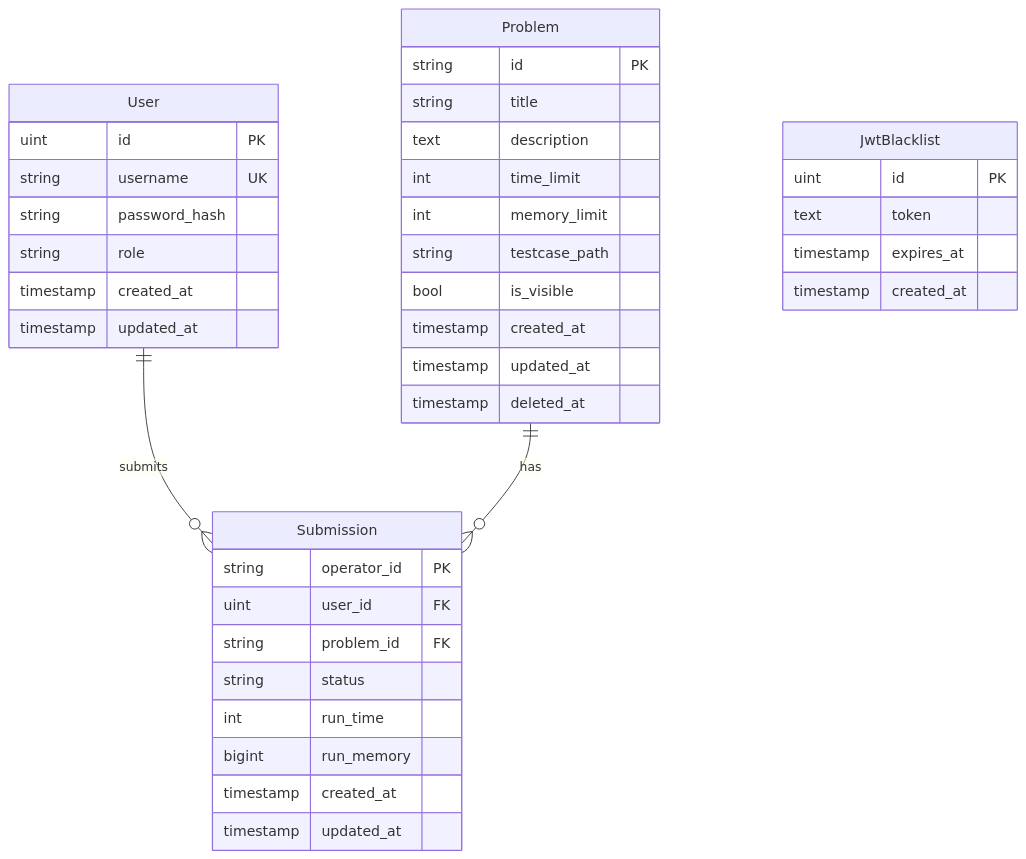
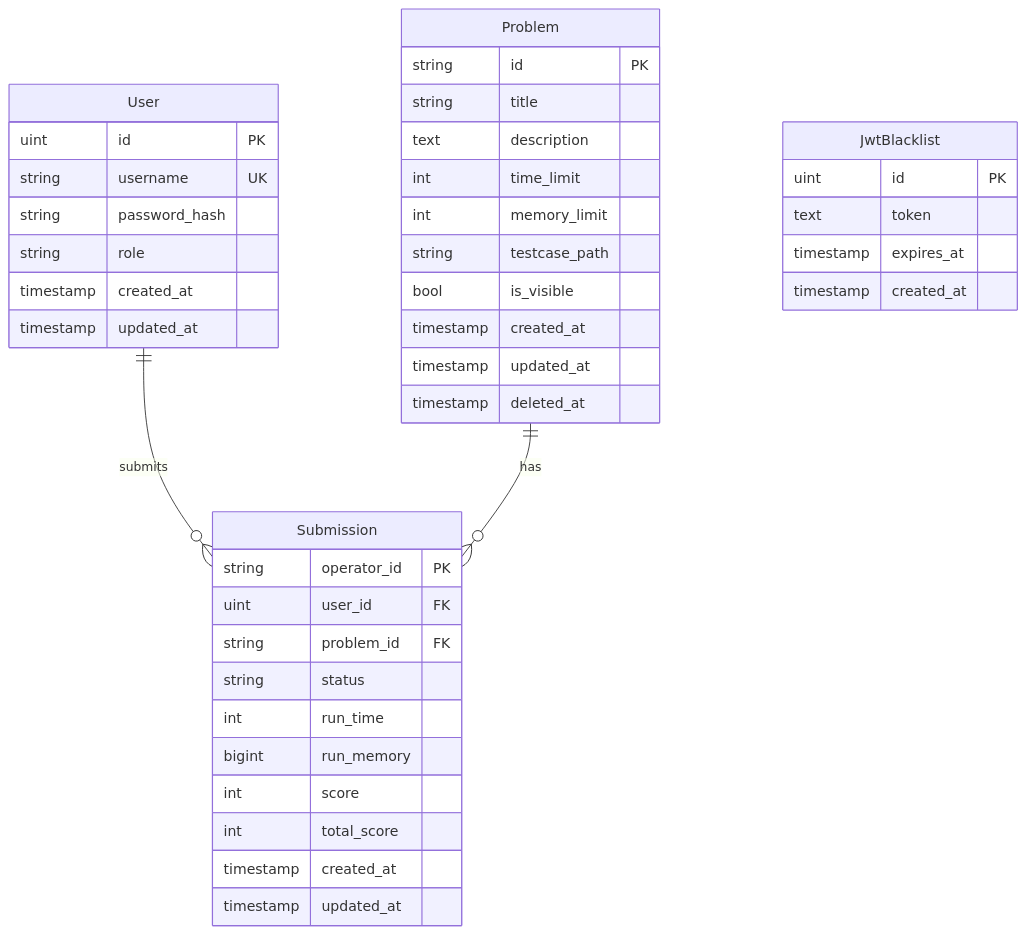
Before and after one commit to CS3060701-Projects/REGS-Online-Judge-System: the diagram in ERD實體關聯圖.md, drawn with Mermaid.

````diff
--- a/ERD實體關聯圖.md
+++ b/ERD實體關聯圖.md
@@ -5,41 +5,43 @@
 ```mermaid
 erDiagram
     User ||--o{ Submission : submits
     Problem ||--o{ Submission : has
     User {
         uint id PK
         string username UK
         string password_hash
         string role
         timestamp created_at
         timestamp updated_at
     }
     Problem {
         string id PK
         string title
         text description
         int time_limit
         int memory_limit
         string testcase_path
         bool is_visible
         timestamp created_at
         timestamp updated_at
         timestamp deleted_at
     }
     Submission {
         string operator_id PK
         uint user_id FK
         string problem_id FK
         string status
         int run_time
         bigint run_memory
+        int score
+        int total_score
         timestamp created_at
         timestamp updated_at
     }
     JwtBlacklist {
         uint id PK
         text token
         timestamp expires_at
         timestamp created_at
     }
 ```
````
